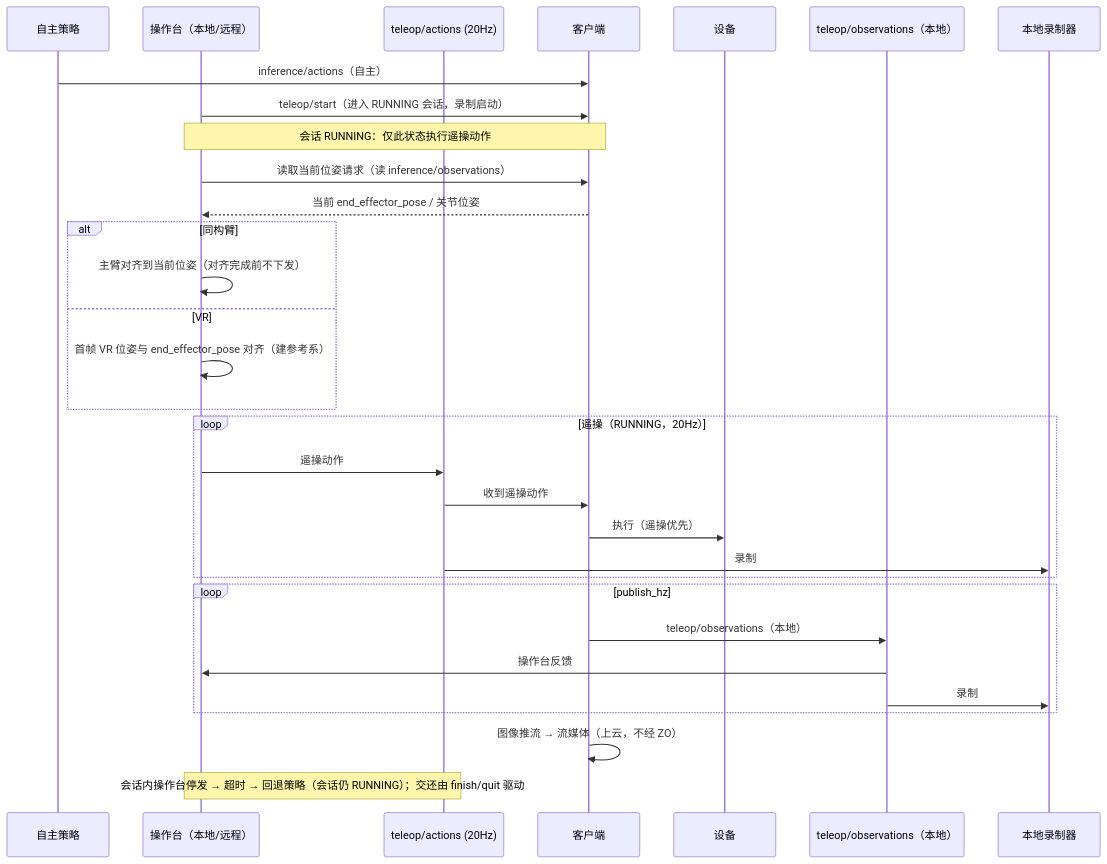
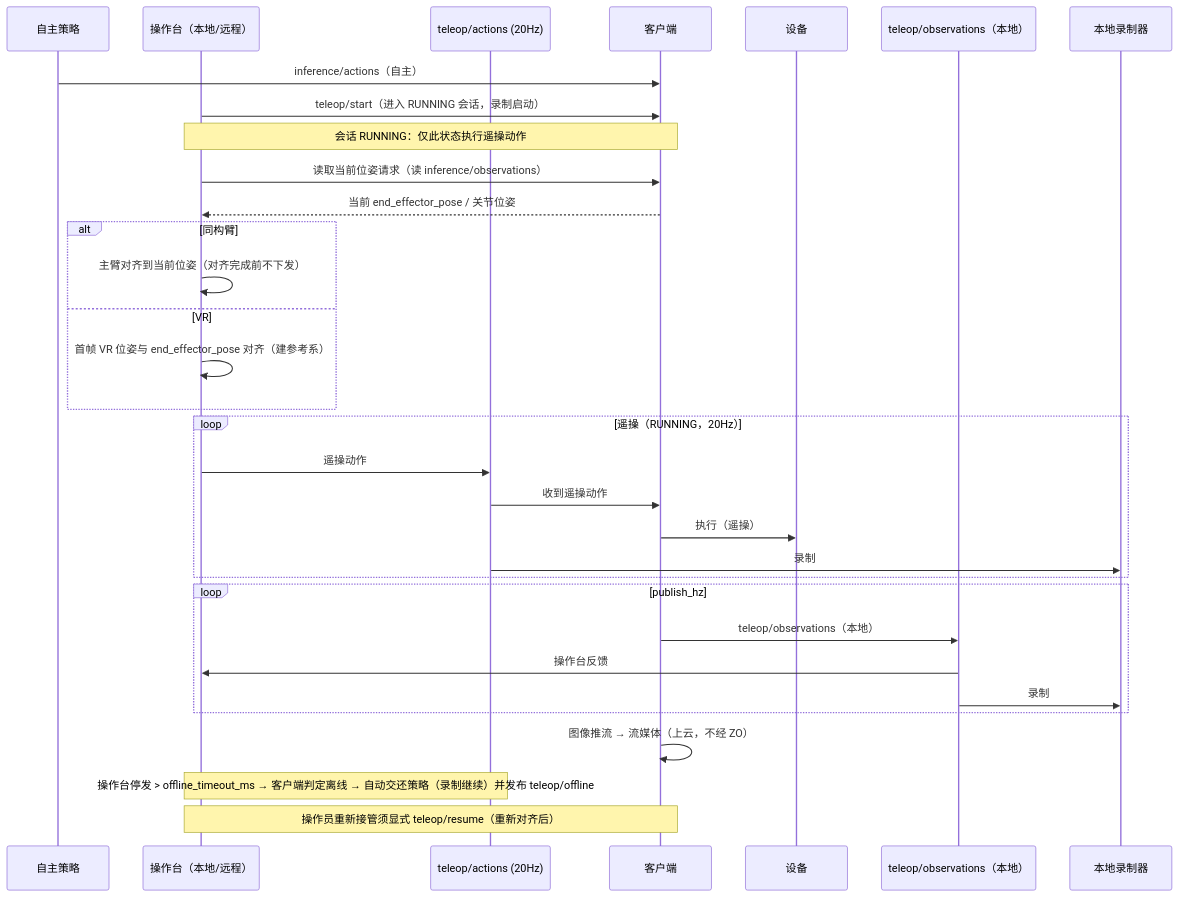
Before and after one commit to vincentguiling/cloudrobo-sdk-client: the diagram in docs/design/r2c-teleop-data-collection-design.md, drawn with Mermaid. The commit also changed other lines of this file, not shown here.

Commit message:
docs(design): v0.9——新鲜度仲裁升级为显式遥操离线机制（超时自动交还策略、teleop/offline 事件、显式 resume 重新接管）

````diff
--- a/docs/design/r2c-teleop-data-collection-design.md
+++ b/docs/design/r2c-teleop-data-collection-design.md
@@ -142,34 +144,35 @@
 ```mermaid
 sequenceDiagram
     participant P as 自主策略
     participant O as 操作台（本地/远程）
     participant ZA as teleop/actions (20Hz)
     participant C as 客户端
     participant F as 设备
     participant ZO as teleop/observations（本地）
     participant R as 本地录制器
 
     P->>C: inference/actions（自主）
     O->>C: teleop/start（进入 RUNNING 会话，录制启动）
     Note over O,C: 会话 RUNNING：仅此状态执行遥操动作
     O->>C: 读取当前位姿请求（读 inference/observations）
     C-->>O: 当前 end_effector_pose / 关节位姿
     alt 同构臂
         O->>O: 主臂对齐到当前位姿（对齐完成前不下发）
     else VR
         O->>O: 首帧 VR 位姿与 end_effector_pose 对齐（建参考系）
     end
     loop 遥操（RUNNING，20Hz）
         O->>ZA: 遥操动作
         ZA->>C: 收到遥操动作
-        C->>F: 执行（遥操优先）
+        C->>F: 执行（遥操）
         ZA->>R: 录制
     end
     loop publish_hz
         C->>ZO: teleop/observations（本地）
         ZO->>O: 操作台反馈
         ZO->>R: 录制
     end
     C->>C: 图像推流 → 流媒体（上云，不经 ZO）
-    Note over O,ZA: 会话内操作台停发 → 超时 → 回退策略（会话仍 RUNNING）；交还由 finish/quit 驱动
+    Note over O,ZA: 操作台停发 > offline_timeout_ms → 客户端判定离线 → 自动交还策略（录制继续）并发布 teleop/offline
+    Note over O,C: 操作员重新接管须显式 teleop/resume（重新对齐后）
 ```
````
